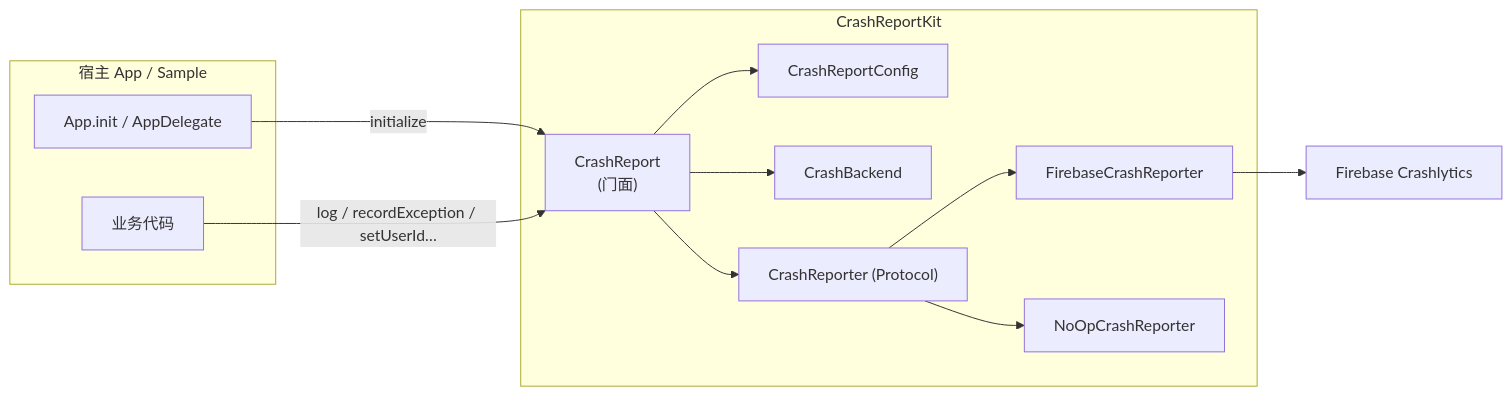
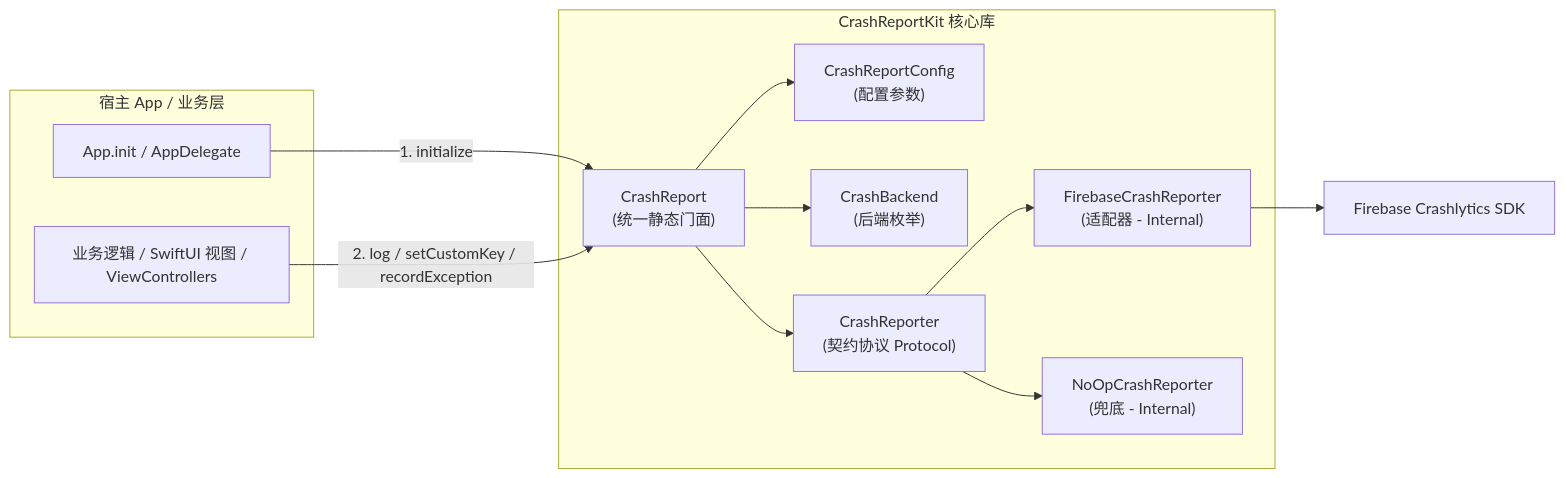
The first of 2 diagrams in README.md (e-hai/CrashReportKit-iOS), drawn with Mermaid before and after one commit. The commit also changed other lines of this file and 1 other file, not shown here.

````diff
--- a/README.md
+++ b/README.md
@@ -23,27 +30,27 @@
 ```mermaid
 flowchart LR
-  subgraph Host["宿主 App / Sample"]
+  subgraph Host["宿主 App / 业务层"]
     App["App.init / AppDelegate"]
-    Biz["业务代码"]
+    Biz["业务逻辑 / SwiftUI 视图 / ViewControllers"]
   end
 
-  subgraph SDK["CrashReportKit"]
-    Facade["CrashReport<br/>(门面)"]
-    Config["CrashReportConfig"]
-    BackendEnum["CrashBackend"]
-    Interface["CrashReporter (Protocol)"]
-    Firebase["FirebaseCrashReporter"]
-    NoOp["NoOpCrashReporter"]
+  subgraph SDK["CrashReportKit 核心库"]
+    Facade["CrashReport<br/>(统一静态门面)"]
+    Config["CrashReportConfig<br/>(配置参数)"]
+    BackendEnum["CrashBackend<br/>(后端枚举)"]
+    Interface["CrashReporter<br/>(契约协议 Protocol)"]
+    Firebase["FirebaseCrashReporter<br/>(适配器 - Internal)"]
+    NoOp["NoOpCrashReporter<br/>(兜底 - Internal)"]
   end
 
-  Vendor["Firebase Crashlytics"]
+  Vendor["Firebase Crashlytics SDK"]
 
-  App -->|initialize| Facade
-  Biz -->|log / recordException / setUserId…| Facade
+  App -->|1. initialize| Facade
+  Biz -->|2. log / setCustomKey / recordException| Facade
   Facade --> Config
   Facade --> BackendEnum
   Facade --> Interface
   Interface --> Firebase
   Interface --> NoOp
   Firebase --> Vendor
 ```
````
